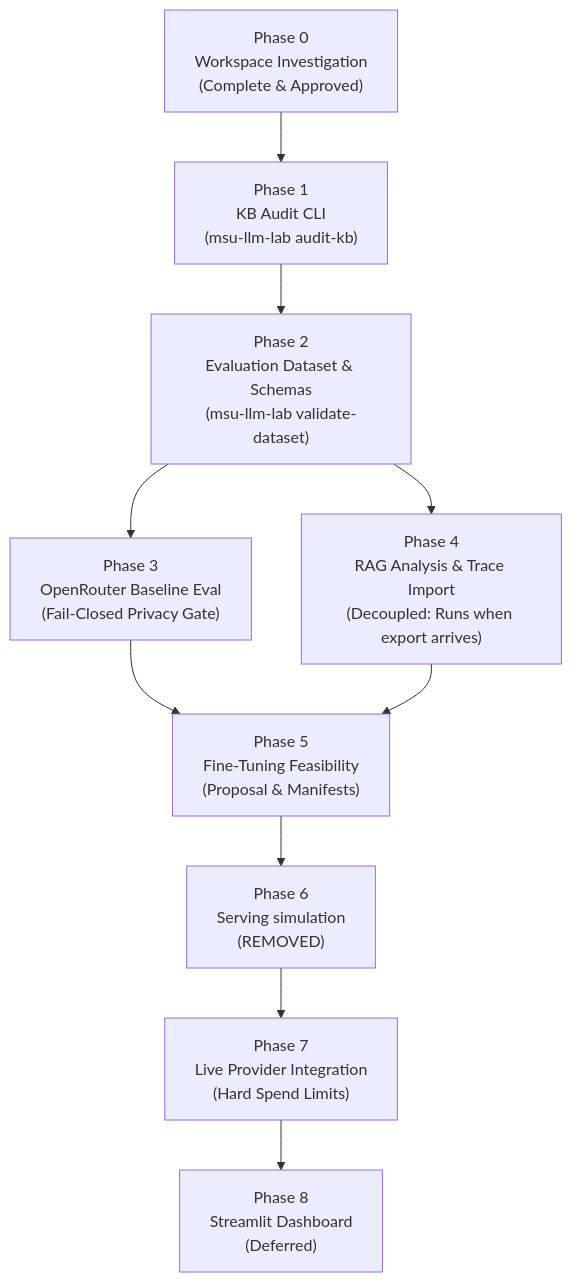
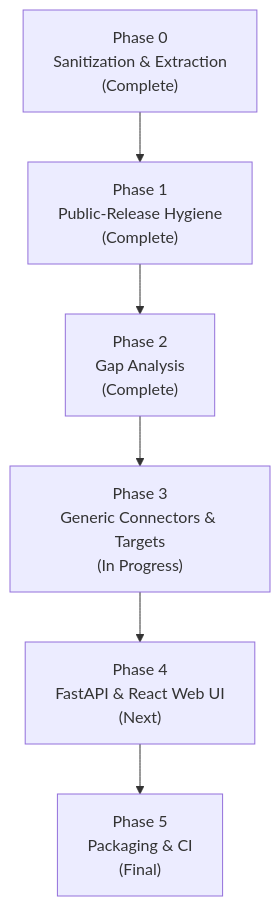
One commit to Sudharsanselvaraj/Runport changed the diagram in docs/IMPLEMENTATION_PLAN.md. Above: the diagram before and after it, drawn with Mermaid. The commit also changed other lines of this file, not shown here.

````diff
--- a/docs/IMPLEMENTATION_PLAN.md
+++ b/docs/IMPLEMENTATION_PLAN.md
@@ -25,12 +11,8 @@
 ```mermaid
 graph TD
-    P0["Phase 0<br/>Workspace Investigation<br/>(Complete & Approved)"] --> P1["Phase 1<br/>KB Audit CLI<br/>(msu-llm-lab audit-kb)"]
-    P1 --> P2["Phase 2<br/>Evaluation Dataset & Schemas<br/>(msu-llm-lab validate-dataset)"]
-    P2 --> P3["Phase 3<br/>OpenRouter Baseline Eval<br/>(Fail-Closed Privacy Gate)"]
-    P2 --> P4["Phase 4<br/>RAG Analysis & Trace Import<br/>(Decoupled: Runs when export arrives)"]
-    P3 --> P5["Phase 5<br/>Fine-Tuning Feasibility<br/>(Proposal & Manifests)"]
-    P4 --> P5
-    P5 --> P6["Phase 6<br/>Serving simulation<br/>(REMOVED)"]
-    P6 --> P7["Phase 7<br/>Live Provider Integration<br/>(Hard Spend Limits)"]
-    P7 --> P8["Phase 8<br/>Streamlit Dashboard<br/>(Deferred)"]
+    P0["Phase 0<br/>Sanitization & Extraction<br/>(Complete)"] --> P1["Phase 1<br/>Public-Release Hygiene<br/>(Complete)"]
+    P1 --> P2["Phase 2<br/>Gap Analysis<br/>(Complete)"]
+    P2 --> P3["Phase 3<br/>Generic Connectors & Targets<br/>(In Progress)"]
+    P3 --> P4["Phase 4<br/>FastAPI & React Web UI<br/>(Next)"]
+    P4 --> P5["Phase 5<br/>Packaging & CI<br/>(Final)"]
 ```
````
